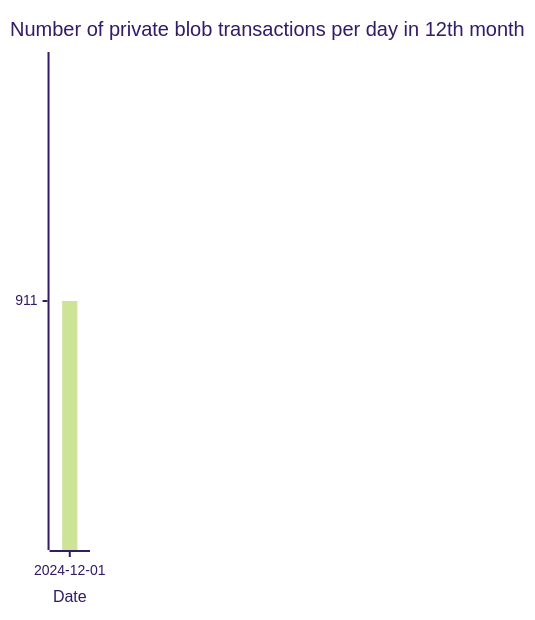
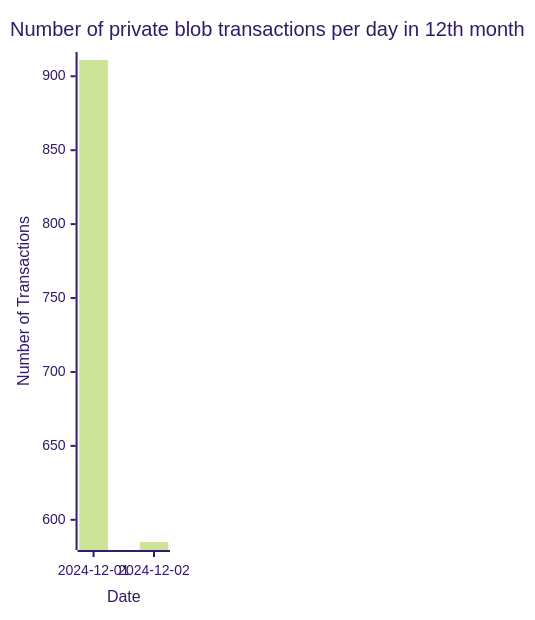
One commit to Amit0617/eip4844-data changed the diagram in README.md. Above: the diagram before and after it, drawn with Mermaid (forest theme). The commit also changed 1 other file, not shown here.

````diff
--- a/README.md
+++ b/README.md
@@ -1,12 +1,12 @@
 ```mermaid
 ---
 config:
     xyChart:
-        width: 80
+        width: 160
         height: 600
 ---
 xychart-beta title "Number of private blob transactions per day in 12th month"
-x-axis "Date" [2024-12-01]
+x-axis "Date" [2024-12-01,2024-12-02]
 y-axis "Number of Transactions"
-bar[911]
+bar[911,585]
 ```
````
